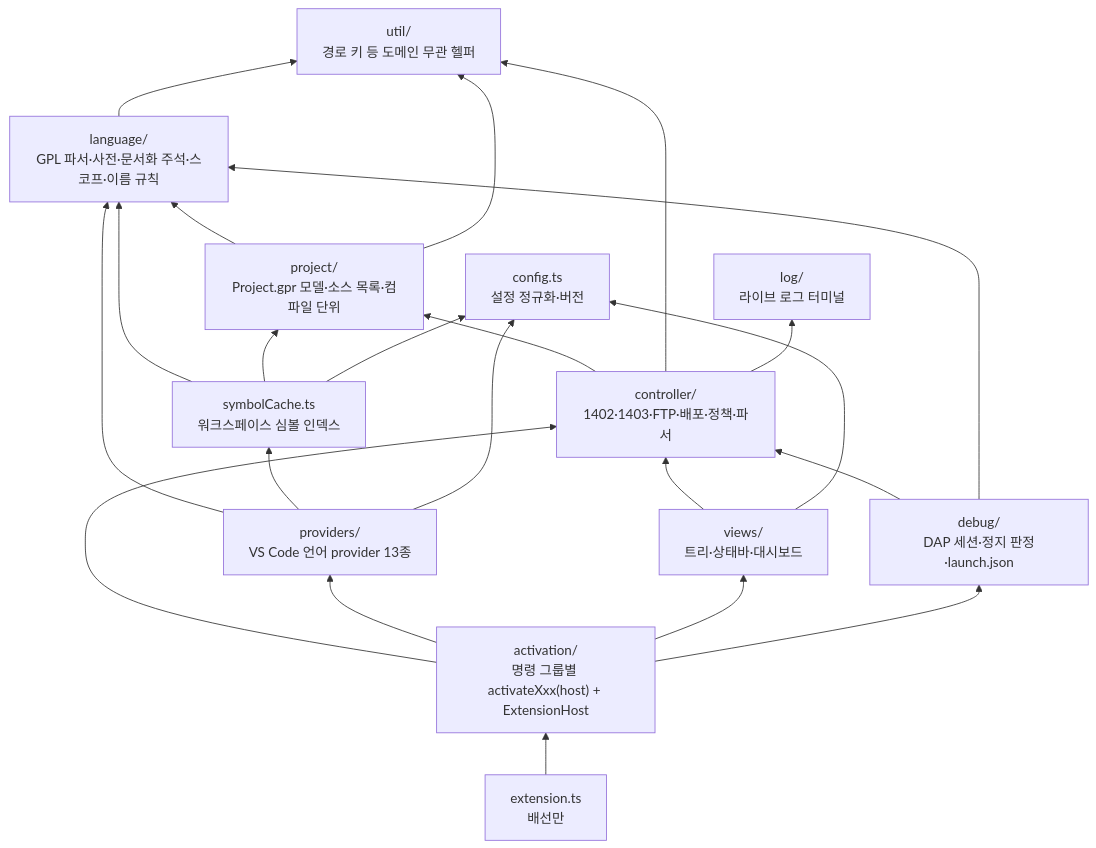
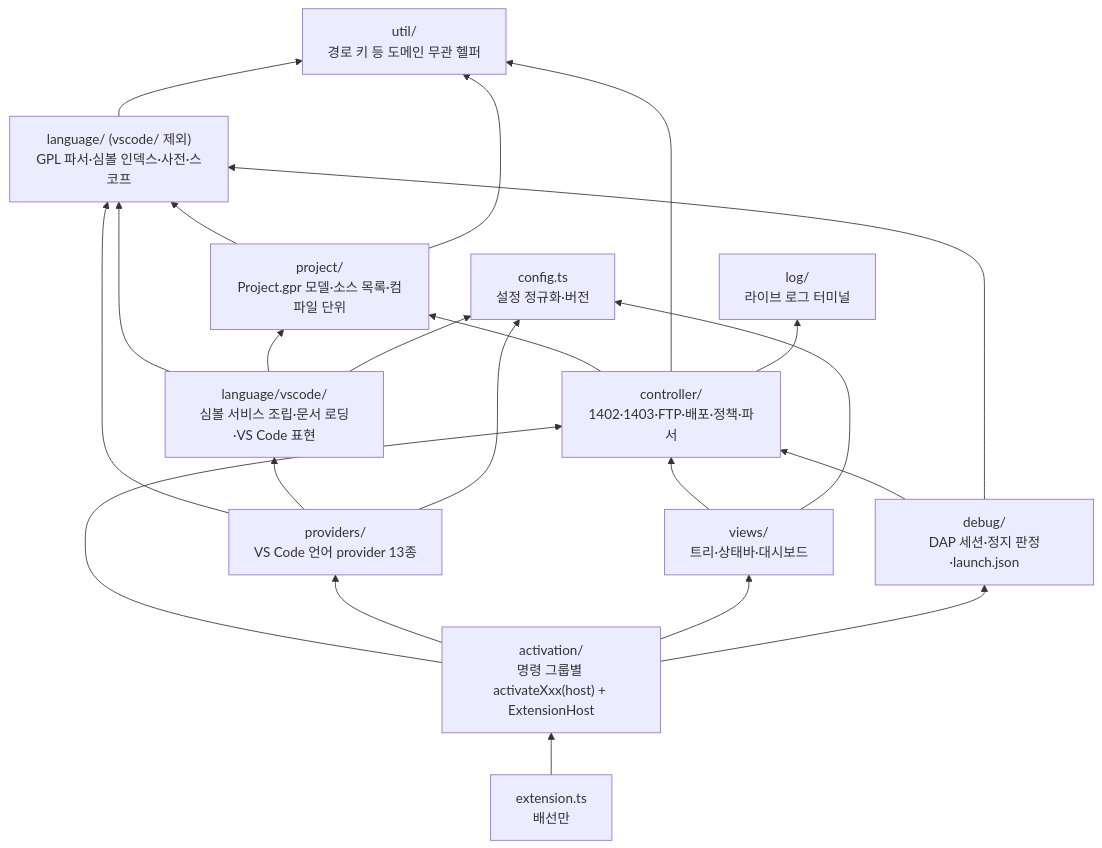
The first of 2 diagrams in docs/development/architecture.md (nir414/GPL_language), drawn with Mermaid before and after one commit. The commit also changed other lines of this file and 239 other files, not shown here.

````diff
--- a/docs/development/architecture.md
+++ b/docs/development/architecture.md
@@ -15,37 +15,37 @@
 ```mermaid
 flowchart BT
     util["util/<br/>경로 키 등 도메인 무관 헬퍼"]
-    language["language/<br/>GPL 파서·사전·문서화 주석·스코프·이름 규칙"]
+    language["language/ (vscode/ 제외)<br/>GPL 파서·심볼 인덱스·사전·스코프"]
     project["project/<br/>Project.gpr 모델·소스 목록·컴파일 단위"]
     log["log/<br/>라이브 로그 터미널"]
     controller["controller/<br/>1402·1403·FTP·배포·정책·파서"]
     debug["debug/<br/>DAP 세션·정지 판정·launch.json"]
     views["views/<br/>트리·상태바·대시보드"]
     providers["providers/<br/>VS Code 언어 provider 13종"]
-    symbolCache["symbolCache.ts<br/>워크스페이스 심볼 인덱스"]
+    languageVscode["language/vscode/<br/>심볼 서비스 조립·문서 로딩·VS Code 표현"]
     config["config.ts<br/>설정 정규화·버전"]
     activation["activation/<br/>명령 그룹별 activateXxx(host) + ExtensionHost"]
     extension["extension.ts<br/>배선만"]
 
     language --> util
     project --> language
     project --> util
     controller --> project
     controller --> util
     controller --> log
-    symbolCache --> language
-    symbolCache --> project
-    symbolCache --> config
+    languageVscode --> language
+    languageVscode --> project
+    languageVscode --> config
     debug --> controller
     debug --> language
     views --> controller
     views --> config
     providers --> language
-    providers --> symbolCache
+    providers --> languageVscode
     providers --> config
     activation --> controller
     activation --> providers
     activation --> views
     activation --> debug
     extension --> activation
 ```
````
